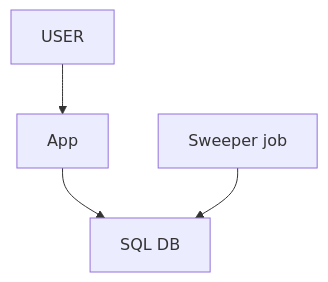
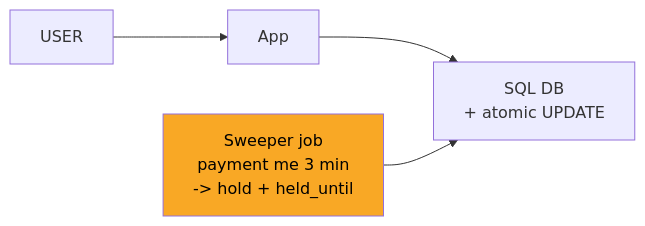
The third of 9 diagrams in 04_HLD/SYSTEM_DESIGNS/09_bookmyshow/09_bookmyshow_INTERVIEW.md (ArpanMaheshwari144/Prep), drawn with Mermaid before and after one commit. The commit also changed other lines of this file and 2 other files, not shown here.

Commit message:
news, bookmyshow, cache: one-day story, short cards, follow-ups with rules, highlighted diagrams

````diff
--- a/04_HLD/SYSTEM_DESIGNS/09_bookmyshow/09_bookmyshow_INTERVIEW.md
+++ b/04_HLD/SYSTEM_DESIGNS/09_bookmyshow/09_bookmyshow_INTERVIEW.md
@@ -112,10 +122,11 @@
 ```mermaid
-flowchart TD
+flowchart LR
     n_USER["USER"]
     n_App["App"]
-    n_SQL_DB["SQL DB"]
-    n_Sweeper_job["Sweeper job"]
+    n_SQL_DB["SQL DB<br/>+ atomic UPDATE"]
+    n_Sweeper_job["Sweeper job<br/>payment me 3 min<br/>-> hold + held_until"]
     n_USER --> n_App
     n_App --> n_SQL_DB
     n_Sweeper_job --> n_SQL_DB
+    style n_Sweeper_job fill:#f9a825,color:#000
 ```
````
